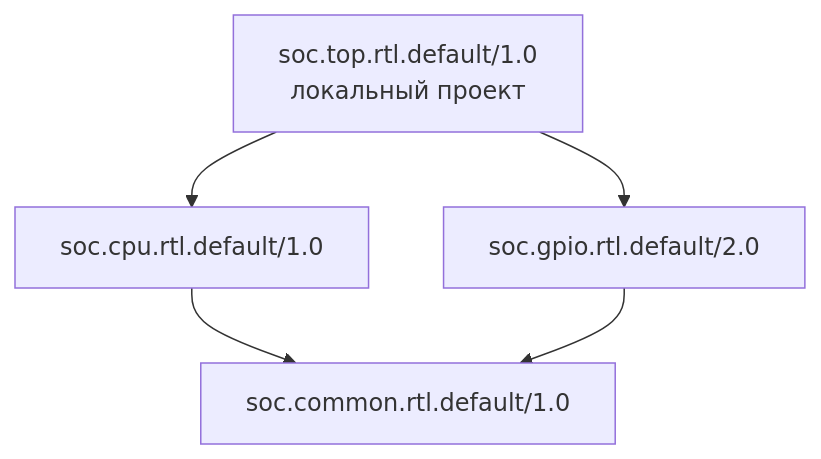
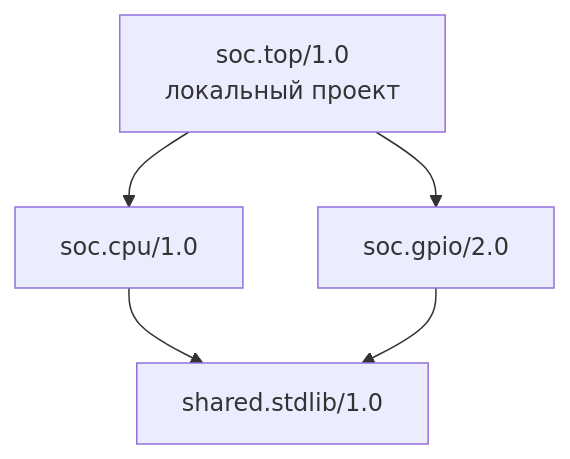
Before and after one commit to Bigyin1/CoreRef: the first of 2 diagrams in docs/use-cases.md, drawn with Mermaid. The commit also changed other lines of this file and 60 other files, not shown here.

````diff
--- a/docs/use-cases.md
+++ b/docs/use-cases.md
@@ -37,7 +32,7 @@
 ```mermaid
 flowchart TD
-    TOP["soc.top.rtl.default/1.0<br/>локальный проект"] --> CPU["soc.cpu.rtl.default/1.0"]
-    TOP --> GPIO["soc.gpio.rtl.default/2.0"]
-    CPU --> COMMON["soc.common.rtl.default/1.0"]
+    TOP["soc.top/1.0<br/>локальный проект"] --> CPU["soc.cpu/1.0"]
+    TOP --> GPIO["soc.gpio/2.0"]
+    CPU --> COMMON["shared.stdlib/1.0"]
     GPIO --> COMMON
 ```
````
